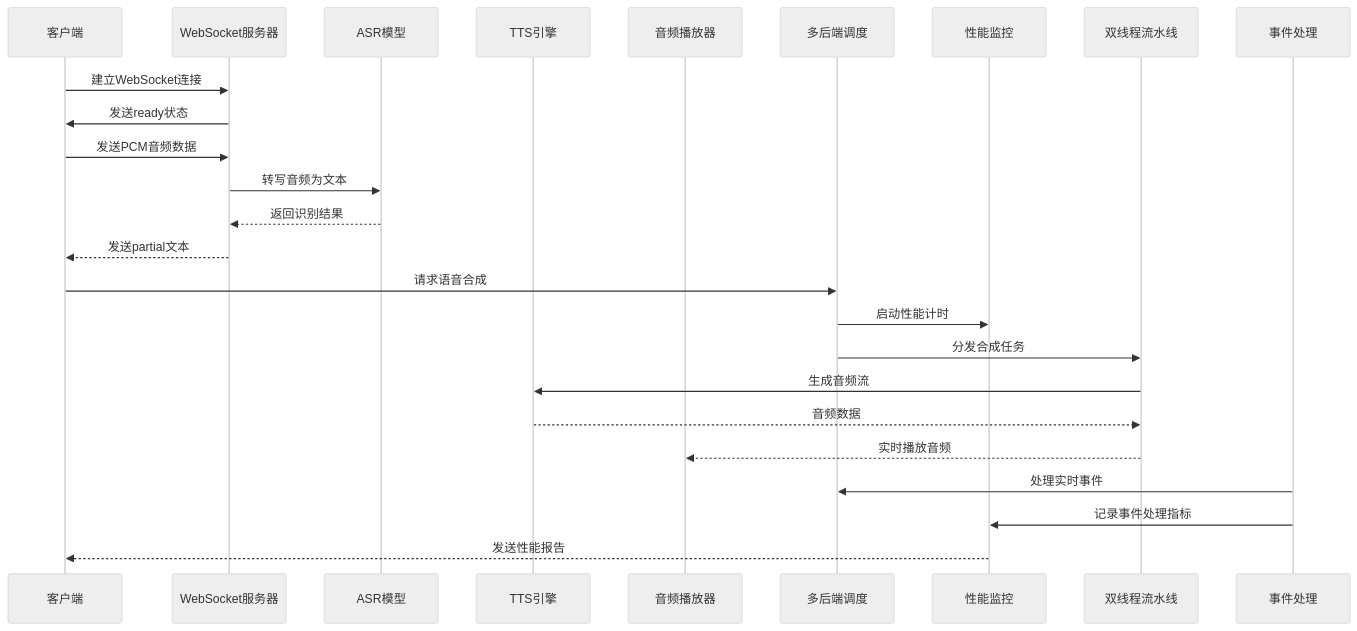
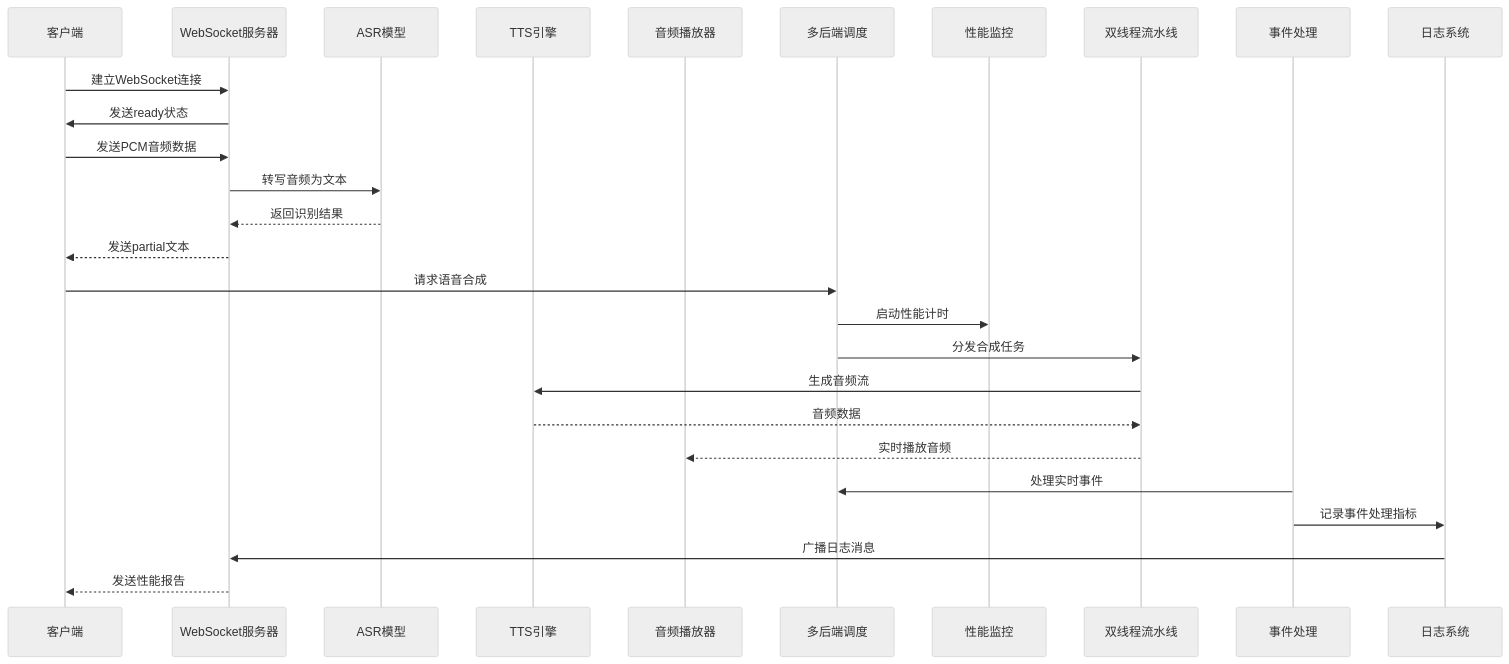
The seventh of 23 diagrams in .qoder/repowiki/zh/content/语音合成服务/实时TTS合成.md (1024dashen/Vue3Speech), drawn with Mermaid (neutral theme) before and after one commit. The commit also changed other lines of this file and 10 other files, not shown here.

````diff
--- a/.qoder/repowiki/zh/content/语音合成服务/实时TTS合成.md
+++ b/.qoder/repowiki/zh/content/语音合成服务/实时TTS合成.md
@@ -221,27 +318,29 @@
 ```mermaid
 sequenceDiagram
 participant Client as 客户端
 participant WebSocket as WebSocket服务器
 participant ASR as ASR模型
 participant TTS as TTS引擎
 participant Audio as 音频播放器
 participant Backend as 多后端调度
 participant Monitor as 性能监控
 participant Threads as 双线程流水线
 participant Events as 事件处理
+participant LogSystem as 日志系统
 Client->>WebSocket : 建立WebSocket连接
 WebSocket->>Client : 发送ready状态
 Client->>WebSocket : 发送PCM音频数据
 WebSocket->>ASR : 转写音频为文本
 ASR-->>WebSocket : 返回识别结果
 WebSocket-->>Client : 发送partial文本
 Client->>Backend : 请求语音合成
 Backend->>Monitor : 启动性能计时
 Backend->>Threads : 分发合成任务
 Threads->>TTS : 生成音频流
 TTS-->>Threads : 音频数据
 Threads-->>Audio : 实时播放音频
 Events->>Backend : 处理实时事件
-Events->>Monitor : 记录事件处理指标
-Monitor-->>Client : 发送性能报告
+Events->>LogSystem : 记录事件处理指标
+LogSystem->>WebSocket : 广播日志消息
+WebSocket-->>Client : 发送性能报告
 ```
````
